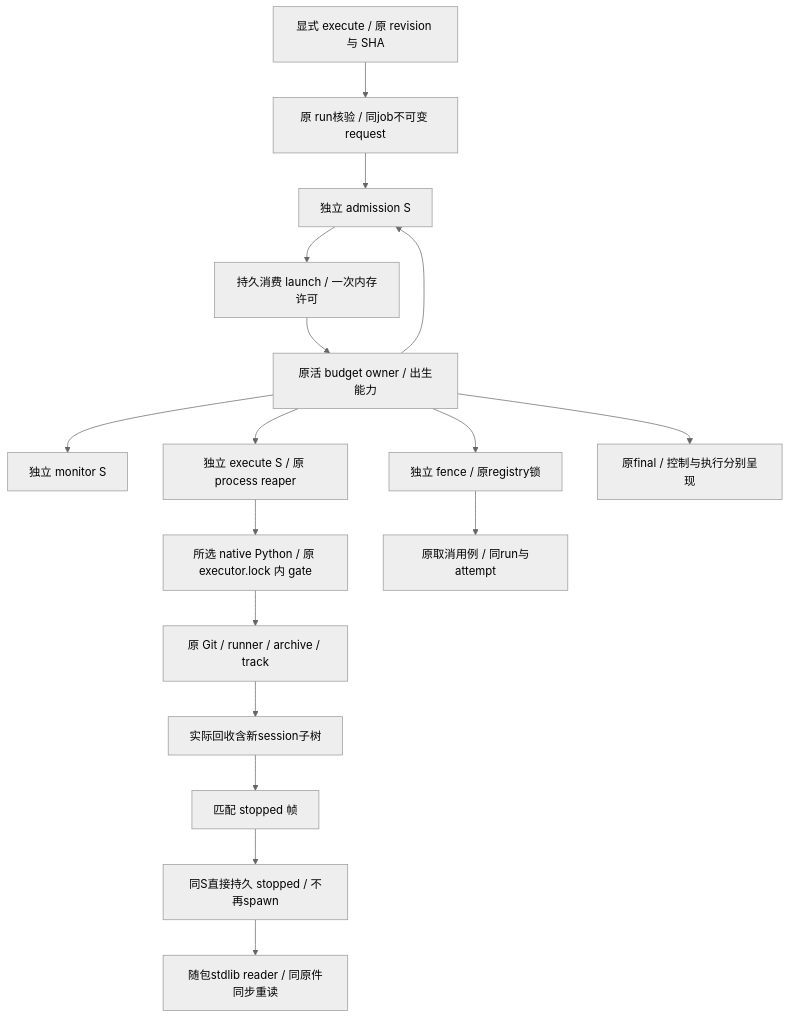
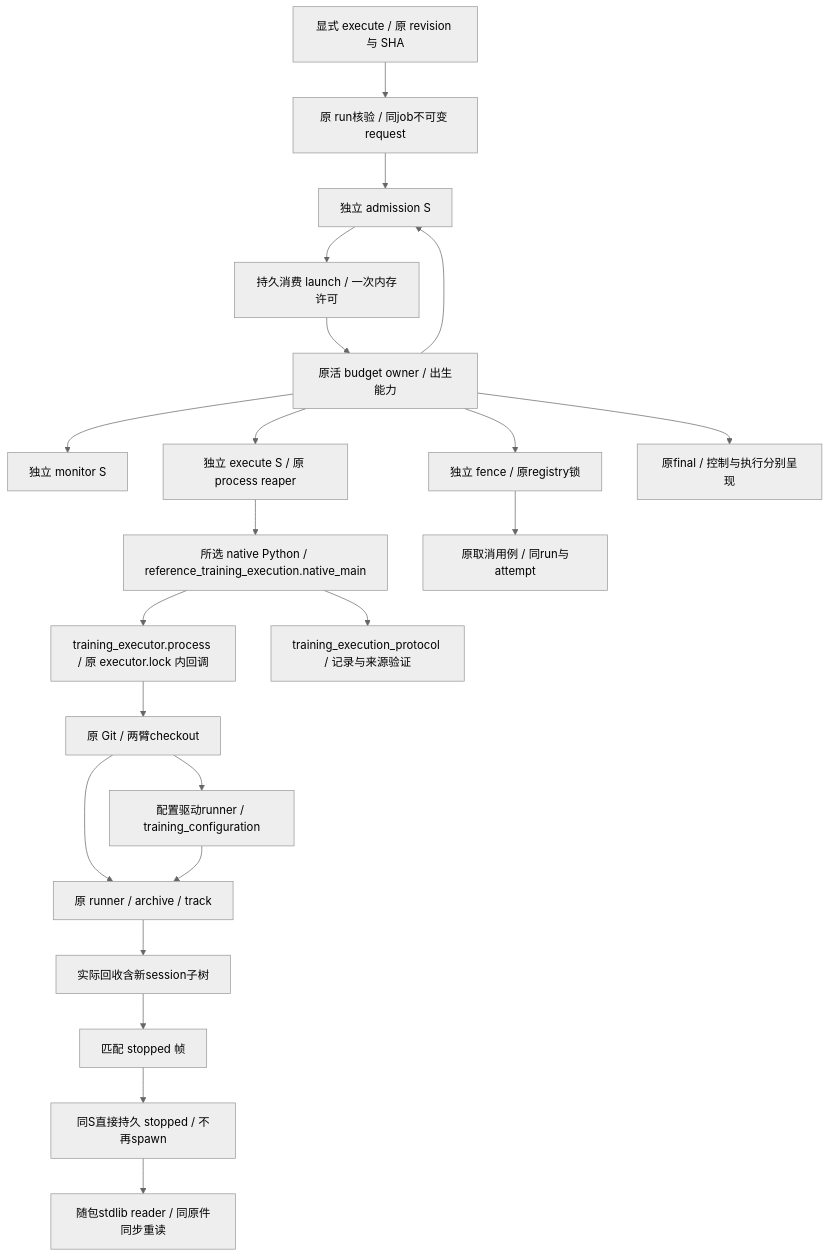
One commit to 626619403/Ergora changed diagram 11 of 11 in docs/architecture/current.md. Above: the diagram before and after it, drawn with Mermaid (neutral theme). The commit also changed other lines of this file and 1 other file, not shown here.

Commit message:
docs: align current architecture execution contracts

````diff
--- a/docs/architecture/current.md
+++ b/docs/architecture/current.md
@@ -497,19 +502,24 @@
 ```mermaid
 flowchart TD
   Explicit[显式 execute / 原 revision 与 SHA] --> Request[原 run核验 / 同job不可变 request]
   Birth[原活 budget owner / 出生能力] --> Monitor[独立 monitor S]
   Birth --> Admission[独立 admission S]
   Request --> Admission
   Admission --> Launch[持久消费 launch / 一次内存许可]
   Launch --> Birth
   Birth --> Execute[独立 execute S / 原 process reaper]
-  Execute --> Native[所选 native Python / 原 executor.lock 内 gate]
-  Native --> Body[原 Git / runner / archive / track]
+  Execute --> Native[所选 native Python / reference_training_execution.native_main]
+  Native --> Locked[training_executor.process / 原 executor.lock 内回调]
+  Native --> Records[training_execution_protocol / 记录与来源验证]
+  Locked --> Clone[原 Git / 两臂checkout]
+  Clone --> Config[配置驱动runner / training_configuration]
+  Clone --> Body[原 runner / archive / track]
+  Config --> Body
   Body --> Reap[实际回收含新session子树]
   Reap --> Frame[匹配 stopped 帧]
   Frame --> Stored[同S直接持久 stopped / 不再spawn]
   Birth --> Fence[独立 fence / 原registry锁]
   Fence --> Cancel[原取消用例 / 同run与attempt]
   Stored --> Offline[随包stdlib reader / 同原件同步重读]
   Birth --> Final[原final / 控制与执行分别呈现]
 ```
````
